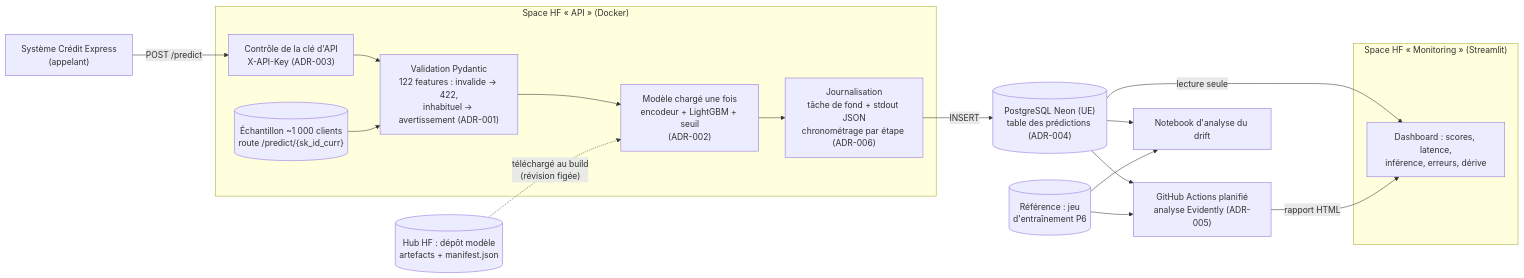
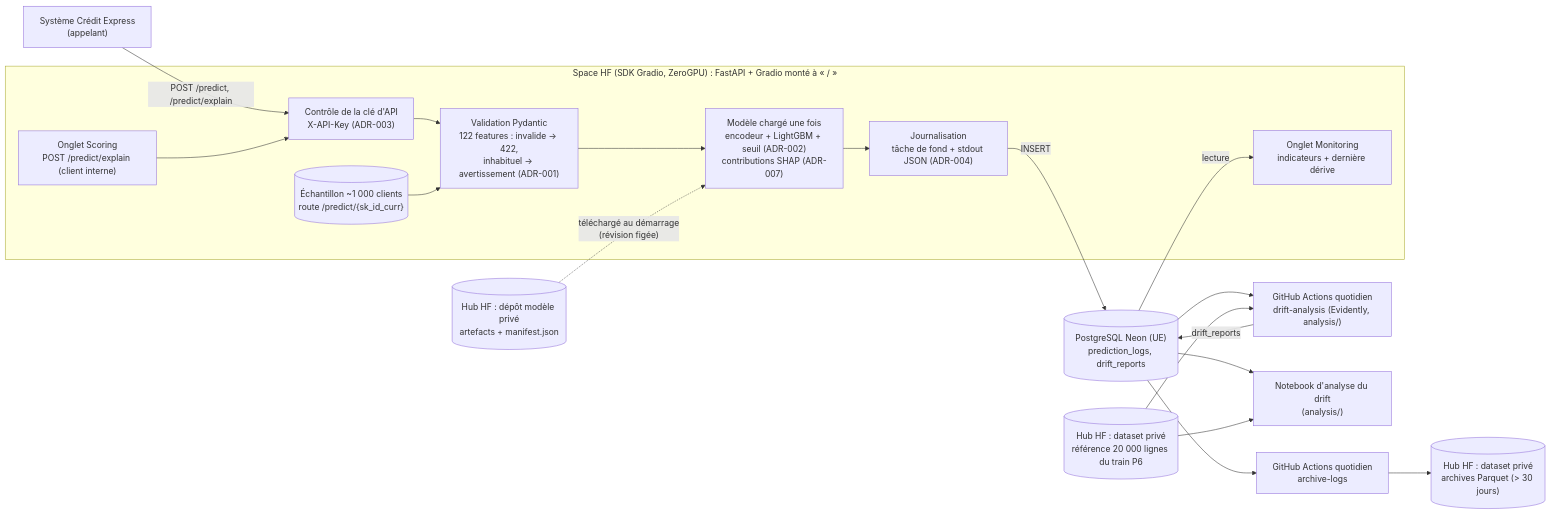
One commit to WillIsback/OC-AIE-P8-Confirmez-vos-competences-en-MLOps-Partie-2 changed the first of 3 diagrams in docs/architecture.md. Above: the diagram before and after it, drawn with Mermaid. The commit also changed other lines of this file and 2 other files, not shown here.

Commit message:
docs: architecture à jour, Dependabot pour analysis/, rapport de dérive public assumé
Refs #45

Claude-Session: https://claude.ai/code/session_018APxuHrQBRfL47z4Eus6gS

````diff
--- a/docs/architecture.md
+++ b/docs/architecture.md
@@ -7,30 +9,33 @@
 ```mermaid
 flowchart LR
   client["Système Crédit Express<br/>(appelant)"]
-  subgraph space_api["Space HF « API » (Docker)"]
+  subgraph space["Space HF (SDK Gradio, ZeroGPU) : FastAPI + Gradio monté à « / »"]
     auth["Contrôle de la clé d'API<br/>X-API-Key (ADR-003)"]
     valid["Validation Pydantic<br/>122 features : invalide → 422,<br/>inhabituel → avertissement (ADR-001)"]
-    model["Modèle chargé une fois<br/>encodeur + LightGBM + seuil<br/>(ADR-002)"]
+    model["Modèle chargé une fois<br/>encodeur + LightGBM + seuil (ADR-002)<br/>contributions SHAP (ADR-007)"]
     demo[("Échantillon ~1 000 clients<br/>route /predict/{sk_id_curr}")]
-    logger["Journalisation<br/>tâche de fond + stdout JSON<br/>chronométrage par étape (ADR-006)"]
+    logger["Journalisation<br/>tâche de fond + stdout JSON (ADR-004)"]
+    ui_score["Onglet Scoring<br/>POST /predict/explain (client interne)"]
+    ui_mon["Onglet Monitoring<br/>indicateurs + dernière dérive"]
   end
-  hub[("Hub HF : dépôt modèle<br/>artefacts + manifest.json")]
-  neon[("PostgreSQL Neon (UE)<br/>table des prédictions (ADR-004)")]
-  subgraph space_dash["Space HF « Monitoring » (Streamlit)"]
-    dash["Dashboard : scores, latence,<br/>inférence, erreurs, dérive"]
-  end
-  job["GitHub Actions planifié<br/>analyse Evidently (ADR-005)"]
-  ref[("Référence : jeu<br/>d'entraînement P6")]
-  notebook["Notebook d'analyse du drift"]
+  hub[("Hub HF : dépôt modèle privé<br/>artefacts + manifest.json")]
+  ref[("Hub HF : dataset privé<br/>référence 20 000 lignes du train P6")]
+  archive[("Hub HF : dataset privé<br/>archives Parquet (> 30 jours)")]
+  neon[("PostgreSQL Neon (UE)<br/>prediction_logs, drift_reports")]
+  job["GitHub Actions quotidien<br/>drift-analysis (Evidently, analysis/)"]
+  purge["GitHub Actions quotidien<br/>archive-logs"]
+  notebook["Notebook d'analyse du drift<br/>(analysis/)"]
 
-  client -->|"POST /predict"| auth --> valid --> model
+  client -->|"POST /predict, /predict/explain"| auth --> valid --> model
+  ui_score --> auth
   demo --> valid
   model --> logger -->|"INSERT"| neon
-  hub -. "téléchargé au build<br/>(révision figée)" .-> model
-  neon -->|"lecture seule"| dash
+  hub -. "téléchargé au démarrage<br/>(révision figée)" .-> model
+  neon -->|"lecture"| ui_mon
   neon --> job
   ref --> job
-  job -->|"rapport HTML"| dash
+  job -->|"drift_reports"| neon
+  neon --> purge --> archive
   neon --> notebook
   ref --> notebook
 ```
````
